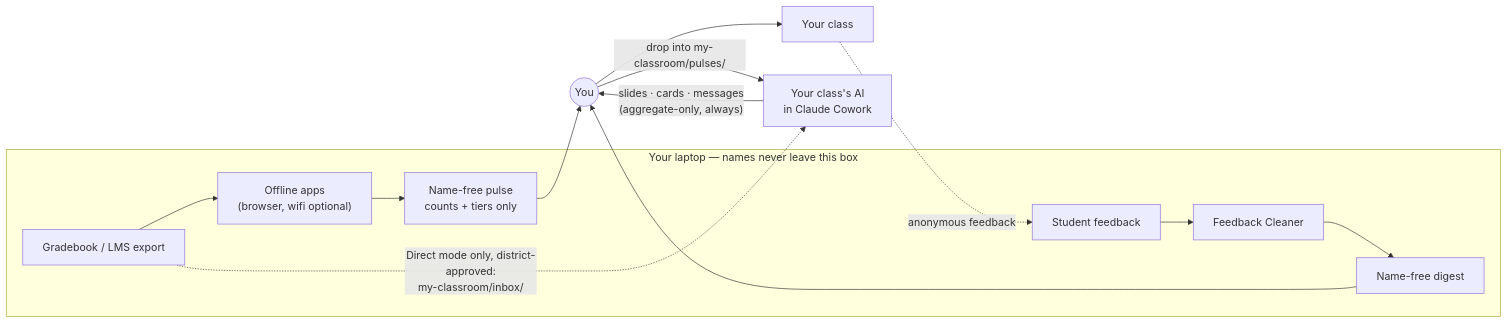
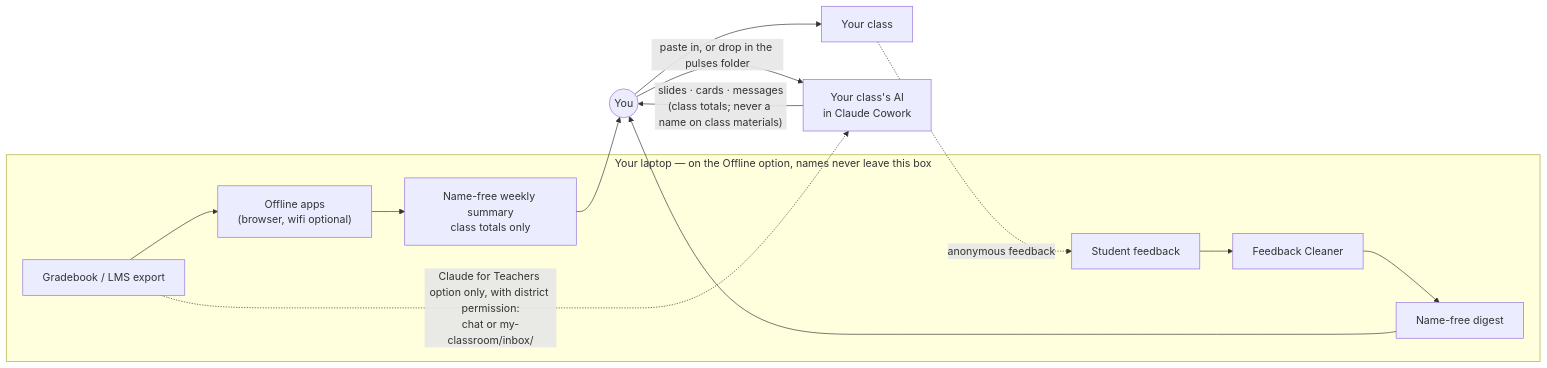
The diagram in content-templates/architecture.mermaid (mattnupen/My-Classroom-Assistant), drawn with Mermaid before and after one commit. The commit also changed 94 other files, not shown here.

```diff
--- a/content-templates/architecture.mermaid
+++ b/content-templates/architecture.mermaid
@@ -1,14 +1,14 @@
 flowchart LR
-    subgraph laptop["Your laptop — names never leave this box"]
+    subgraph laptop["Your laptop — on the Offline option, names never leave this box"]
         GB["Gradebook / LMS export"] --> APPS["Offline apps<br/>(browser, wifi optional)"]
         FB["Student feedback"] --> CLEAN["Feedback Cleaner"]
-        APPS --> PULSE["Name-free pulse<br/>counts + tiers only"]
+        APPS --> PULSE["Name-free weekly summary<br/>class totals only"]
         CLEAN --> DIGEST["Name-free digest"]
     end
     PULSE --> T(("You"))
     DIGEST --> T
-    T -->|"drop into my-classroom/pulses/"| AI["Your class's AI<br/>in Claude Cowork"]
-    AI -->|"slides · cards · messages<br/>(aggregate-only, always)"| T
+    T -->|"paste in, or drop in the pulses folder"| AI["Your class's AI<br/>in Claude Cowork"]
+    AI -->|"slides · cards · messages<br/>(class totals; never a name on class materials)"| T
     T --> CLASS["Your class"]
     CLASS -.->|"anonymous feedback"| FB
-    GB -. "Direct mode only, district-approved:<br/>my-classroom/inbox/" .-> AI
+    GB -. "Claude for Teachers option only, with district permission:<br/>chat or my-classroom/inbox/" .-> AI
```
